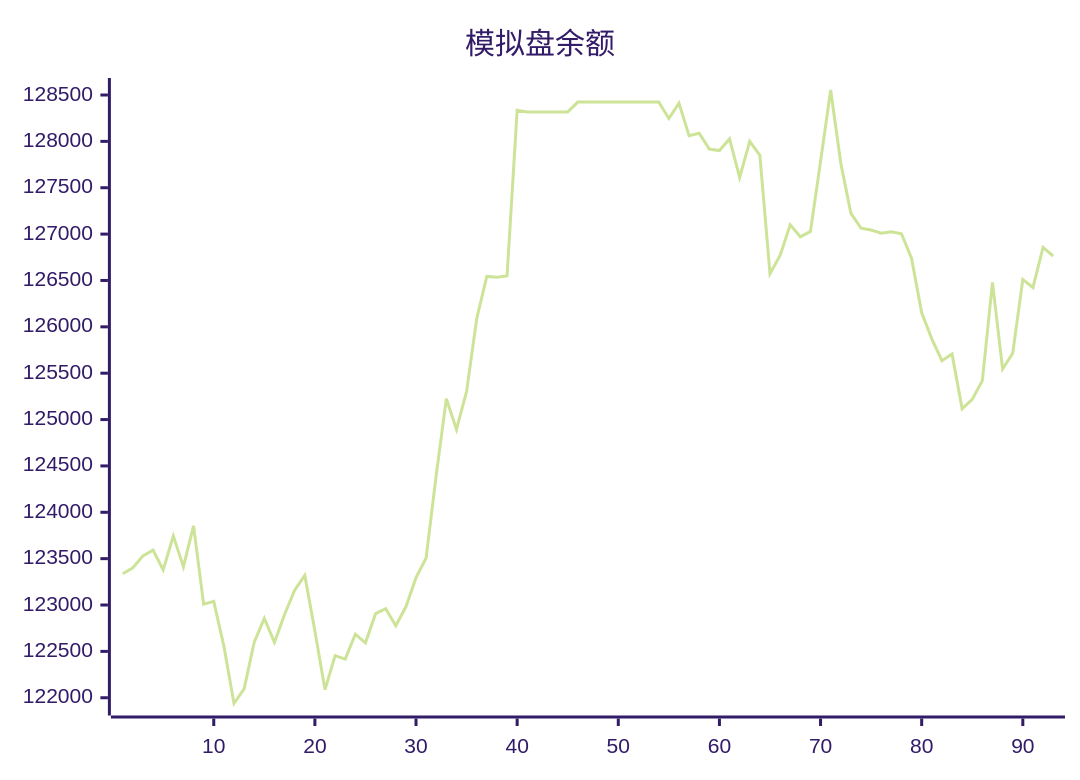
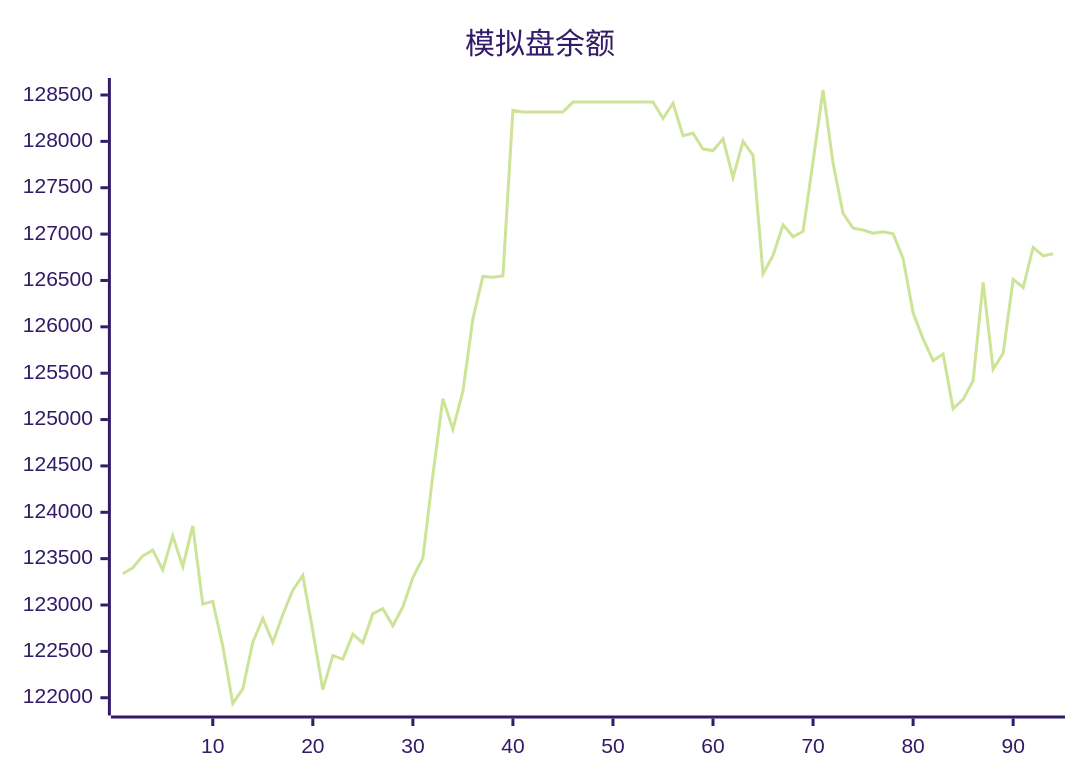
Before and after one commit to aahl/ai-trading: the diagram in README.md, drawn with Mermaid (forest theme). The commit also changed other lines of this file and 1 other file, not shown here.

````diff
--- a/README.md
+++ b/README.md
@@ -5,5 +5,5 @@
 ```mermaid
 xychart
     title "模拟盘余额"
-    line [123338,123402,123530,123592,123378,123745,123413,123853,123009,123040,122557,121938,122095,122599,122856,122597,122898,123160,123319,122719,122087,122454,122416,122685,122592,122907,122961,122776,122981,123295,123507,124403,125224,124894,125303,126088,126544,126534,126549,128335,128318,128318,128318,128318,128318,128424,128424,128424,128424,128424,128424,128424,128424,128424,128247,128412,128062,128087,127917,127901,128026,127611,128000,127850,126572,126770,127100,126971,127029,127783,128554,127765,127224,127064,127044,127009,127025,127004,126738,126152,125871,125635,125707,125117,125217,125420,126480,125545,125715,126511,126424,126856,126764]
+    line [123338,123402,123530,123592,123378,123745,123413,123853,123009,123040,122557,121938,122095,122599,122856,122597,122898,123160,123319,122719,122087,122454,122416,122685,122592,122907,122961,122776,122981,123295,123507,124403,125224,124894,125303,126088,126544,126534,126549,128335,128318,128318,128318,128318,128318,128424,128424,128424,128424,128424,128424,128424,128424,128424,128247,128412,128062,128087,127917,127901,128026,127611,128000,127850,126572,126770,127100,126971,127029,127783,128554,127765,127224,127064,127044,127009,127025,127004,126738,126152,125871,125635,125707,125117,125217,125420,126480,125545,125715,126511,126424,126856,126764,126788]
 ```
````
